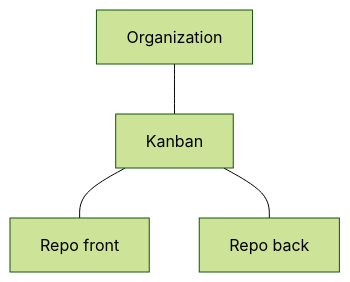
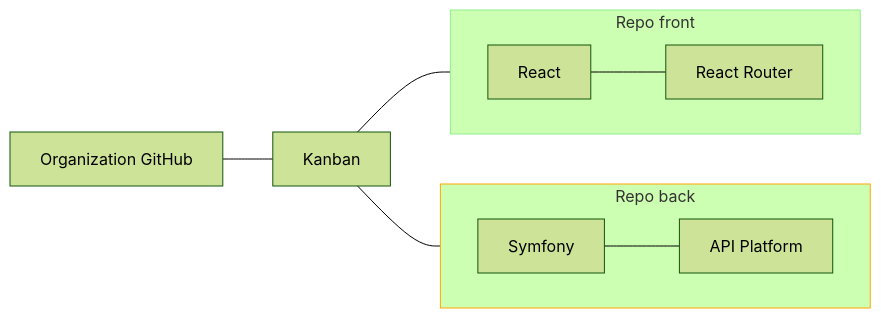
The third of 4 diagrams in README.md (sximenez/2023-10-oct-hackathon-doc), drawn with Mermaid (forest theme) before and after one commit. The commit also changed other lines of this file and 1 other file, not shown here.

````diff
--- a/README.md
+++ b/README.md
@@ -69,7 +109,21 @@
 ```mermaid
-graph TD
-Organization --- Kanban
+graph LR
+0[Organization GitHub] --- Kanban
+
+subgraph A[Repo front]
+direction LR
+React --- 1[React Router]
+end
+
+subgraph B[Repo back]
+direction LR
+Symfony --- 2[API Platform]
+end
+
 Kanban --- A[Repo front]
 Kanban --- B[Repo back]
 
+style A stroke:lightgreen
+style B stroke:orange
+
 ```
````
